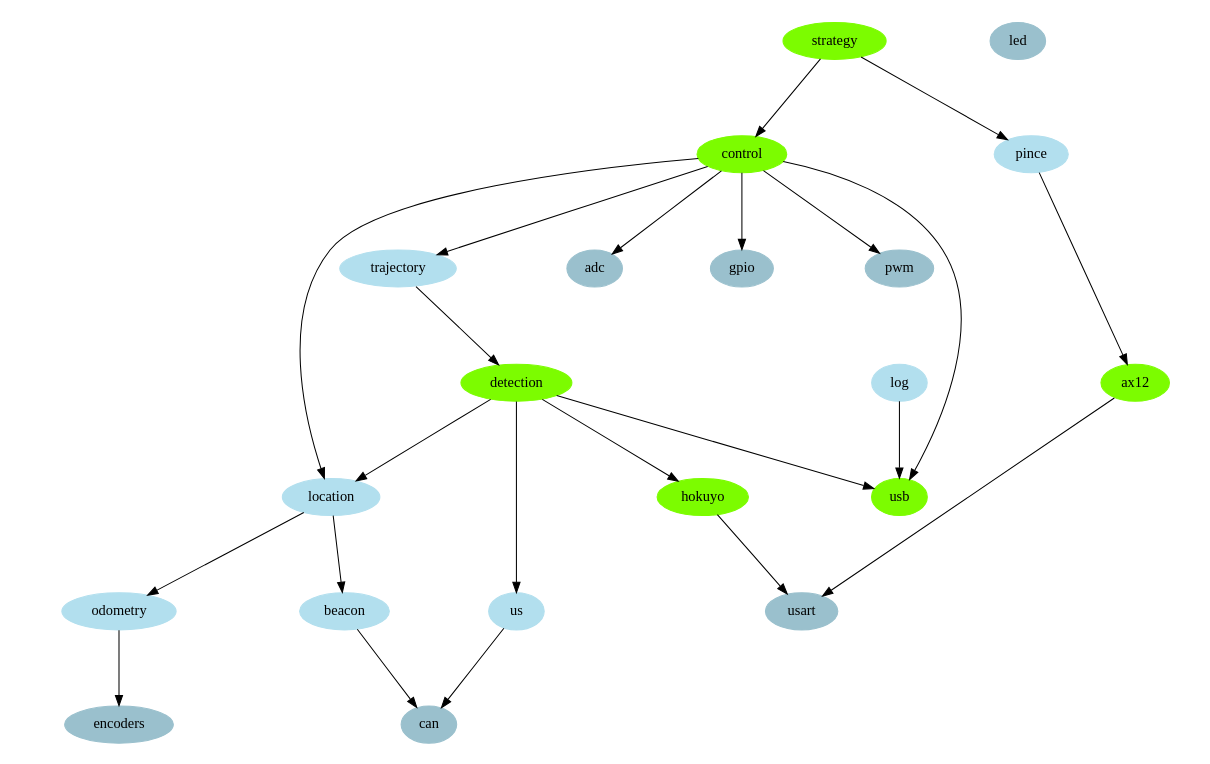
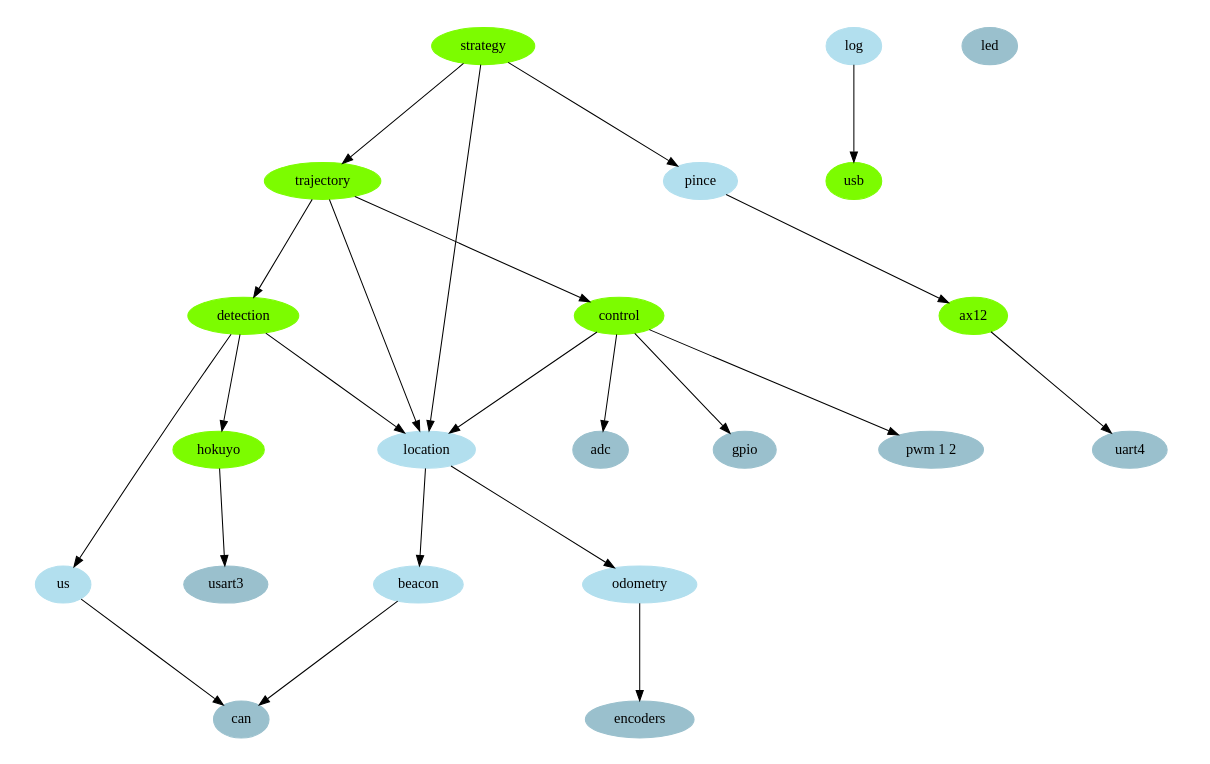
The diagram in doc/graph/architecture.dot (jbtredez/Atlantronic), drawn with Graphviz before and after one commit. The commit also changed 8 other files, not shown here.

```diff
--- a/doc/graph/architecture.dot
+++ b/doc/graph/architecture.dot
@@ -1,63 +1,65 @@
 digraph robot
 {
 	ratio=fill;
 	size="16,10";
 	center=true;
+	maxiter=100;
 
 	// modules - taches
 	node [color=lawngreen, style=filled ]
 	strategy
+	trajectory
 	control
 	ax12
 	detection
 	usb
 	hokuyo
 
 	// modules - fonctions
 	node [color=lightblue2, style=filled ]
 	location
 	odometry
-	trajectory
 	beacon
 	pince
 	us
 	log
 
 	// io
 	node [color=lightblue3, style=filled ]
 	{
 //		rank=same;
 		adc
 		gpio
-		pwm
+		"pwm 1 2"
 		encoders
 		can
-		usart
+		usart3
+		uart4
 		led
 	}
 
 	// liens
-	strategy -> control
+	strategy -> trajectory
 	strategy -> pince
 	control -> adc
 	control -> gpio
 	control -> location
-	control -> trajectory
-	control -> usb
+	trajectory -> control
 	trajectory -> detection
 	location -> odometry
 	location -> beacon
 	pince -> ax12
 	detection -> hokuyo
 	detection -> us
 	detection -> location
-	detection -> usb
+	trajectory -> location
+	strategy -> location
 	log -> usb
 
-	hokuyo -> usart
-	ax12 -> usart
+	hokuyo -> usart3
+	ax12 -> uart4
 	us -> can
 	beacon -> can
 	odometry -> encoders
-	control -> pwm
+	control -> "pwm 1 2"
 }
```
